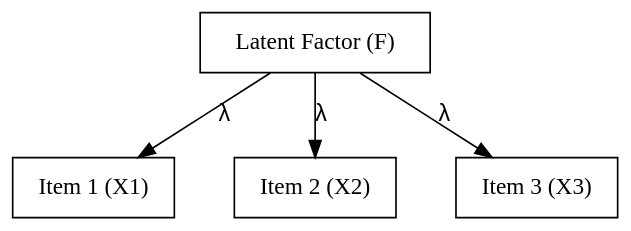
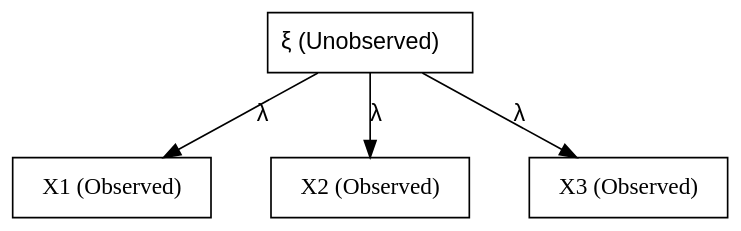
The diagram in latent/latent.qmd (kevinli03/pspe), drawn with Graphviz before and after one commit. The commit also changed other lines of this file and 66 other files, not shown here.

````diff
--- a/latent/latent.qmd
+++ b/latent/latent.qmd
@@ -8,20 +8,20 @@
 ```{dot}
-//| fig-width: 4
+//| fig-width: 4.5
 //| fig-height: 1.4
 digraph example2 {
   bgcolor="transparent";
   // Nodes
-  F [shape=box, pos = "0,0!", label="Latent Factor (F)"]
-  X1 [shape=box, pos = "2,0!", label="Item 1 (X1)"]
-  X2 [shape=box, pos = "1,-2!", label="Item 2 (X2)"]
-  X3 [shape=box, pos="1,0!", label="Item 3 (X3)"]
+  F [shape=box, pos = "0,0!", label=<<FONT FACE="Helvetica">&xi; (Unobserved)</FONT>>]
+  X1 [shape=box, pos = "2,0!", label="X1 (Observed)"]
+  X2 [shape=box, pos = "1,-2!", label="X2 (Observed)"]
+  X3 [shape=box, pos="1,0!", label="X3 (Observed)"]
 
   // Edges
-  {F -> X1 [label=<<FONT FACE="Arial">&lambda;</FONT>>]}
-  {F -> X2 [label=<<FONT FACE="Arial">&lambda;</FONT>>]}
-  {F -> X3 [label=<<FONT FACE="Arial">&lambda;</FONT>>]}
+  {F -> X1 [label=<<FONT FACE="Helvetica">&lambda;</FONT>>]}
+  {F -> X2 [label=<<FONT FACE="Helvetica">&lambda;</FONT>>]}
+  {F -> X3 [label=<<FONT FACE="Helvetica">&lambda;</FONT>>]}
   
   graph [nodesep=0.5, ranksep=0.5]
 
 }
 ```
````
